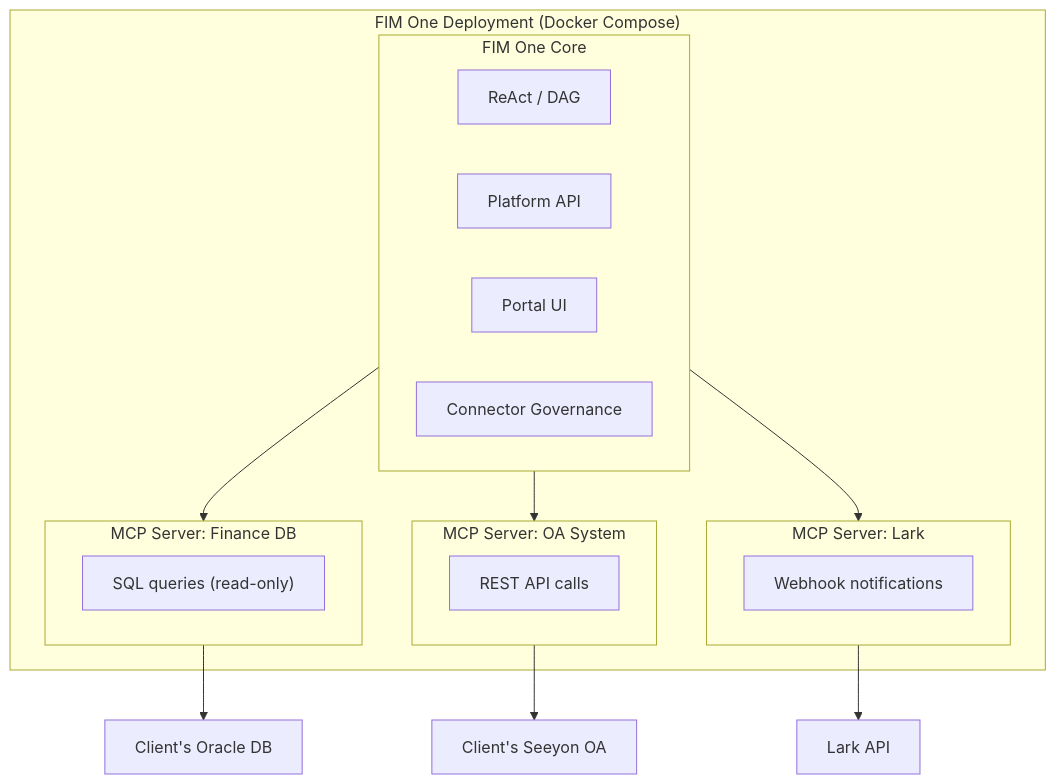
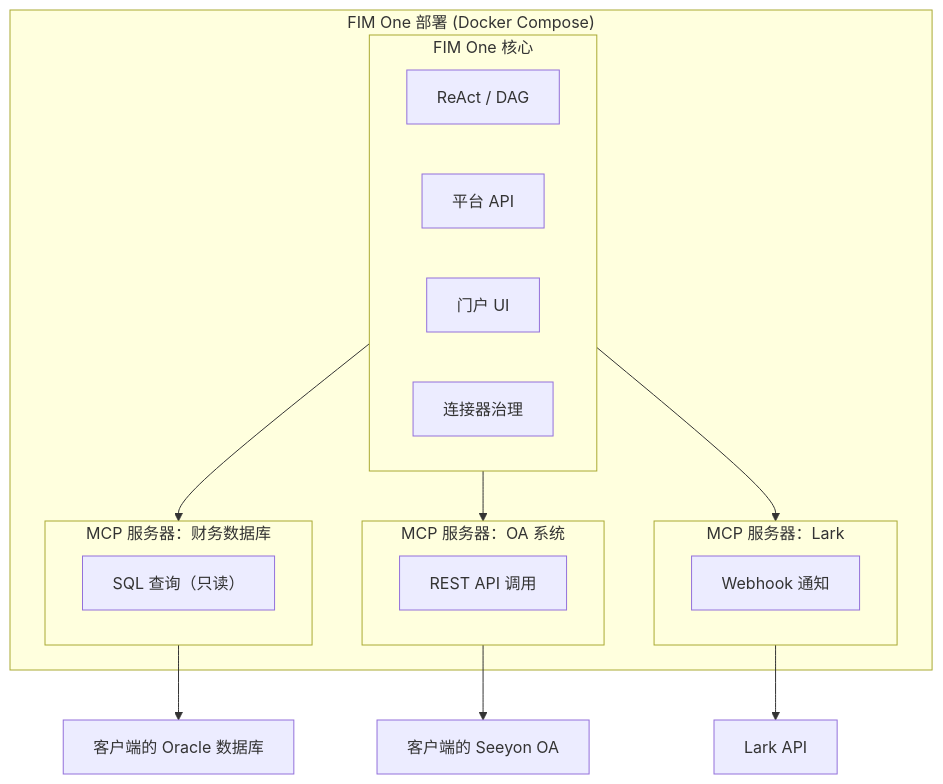
The third of 5 diagrams in docs/zh/architecture/connector-architecture.mdx (lucky20160622/fim-one), drawn with Mermaid before and after one commit. The commit also changed other lines of this file and 141 other files, not shown here.

````diff
--- a/docs/zh/architecture/connector-architecture.mdx
+++ b/docs/zh/architecture/connector-architecture.mdx
@@ -78,31 +92,31 @@
 ```mermaid
 flowchart TD
-    subgraph Docker["FIM One Deployment (Docker Compose)"]
-        subgraph Core["FIM One Core"]
+    subgraph Docker["FIM One 部署 (Docker Compose)"]
+        subgraph Core["FIM One 核心"]
             R["ReAct / DAG"]
-            P["Platform API"]
-            U["Portal UI"]
-            G["Connector Governance"]
+            P["平台 API"]
+            U["门户 UI"]
+            G["连接器治理"]
         end
 
-        subgraph MCP1["MCP Server: Finance DB"]
-            M1["SQL queries (read-only)"]
+        subgraph MCP1["MCP 服务器：财务数据库"]
+            M1["SQL 查询（只读）"]
         end
 
-        subgraph MCP2["MCP Server: OA System"]
-            M2["REST API calls"]
+        subgraph MCP2["MCP 服务器：OA 系统"]
+            M2["REST API 调用"]
         end
 
-        subgraph MCP3["MCP Server: Lark"]
-            M3["Webhook notifications"]
+        subgraph MCP3["MCP 服务器：Lark"]
+            M3["Webhook 通知"]
         end
 
         Core --> MCP1
         Core --> MCP2
         Core --> MCP3
     end
 
-    MCP1 --> Oracle["Client's Oracle DB"]
-    MCP2 --> Seeyon["Client's Seeyon OA"]
+    MCP1 --> Oracle["客户端的 Oracle 数据库"]
+    MCP2 --> Seeyon["客户端的 Seeyon OA"]
     MCP3 --> Lark["Lark API"]
 ```
````
